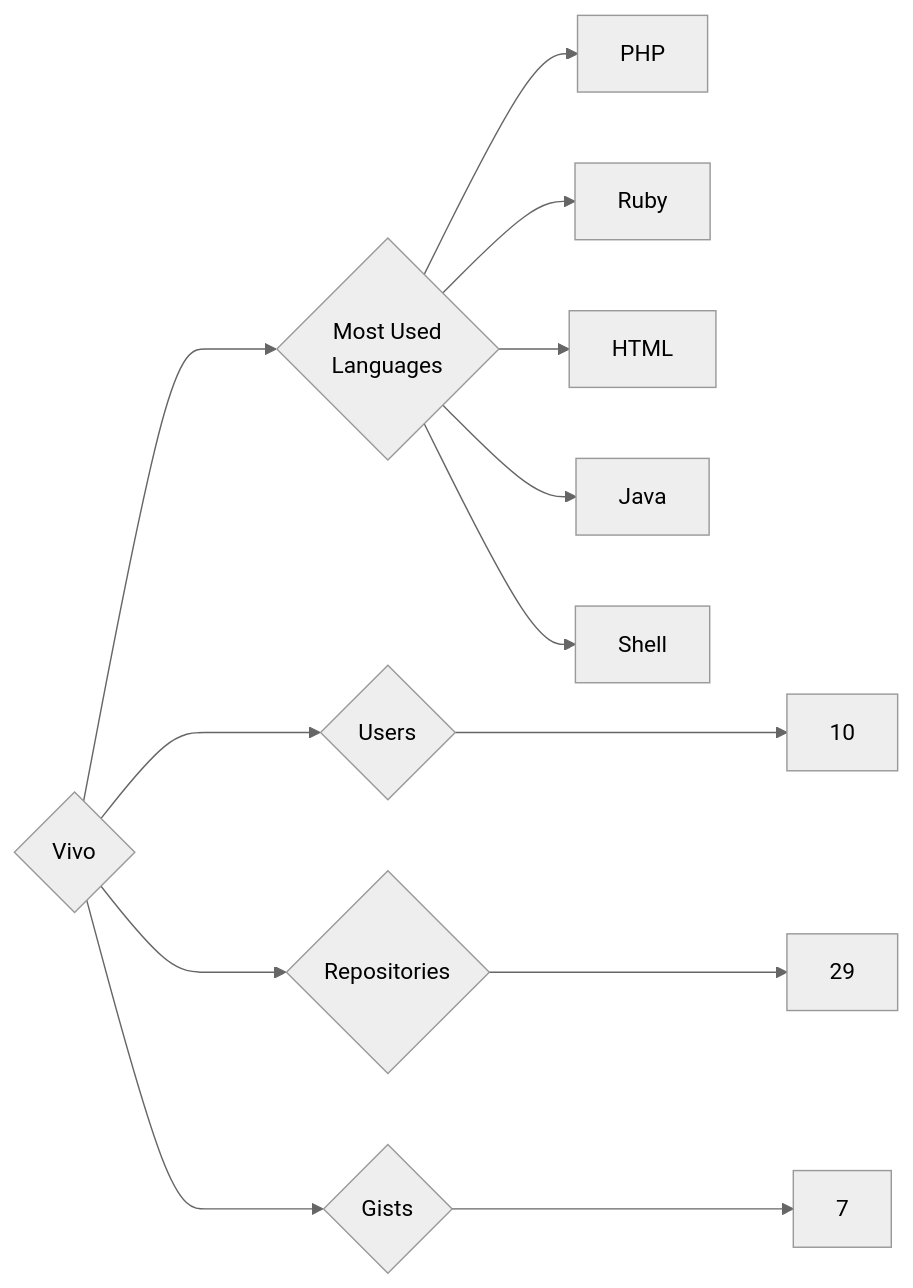
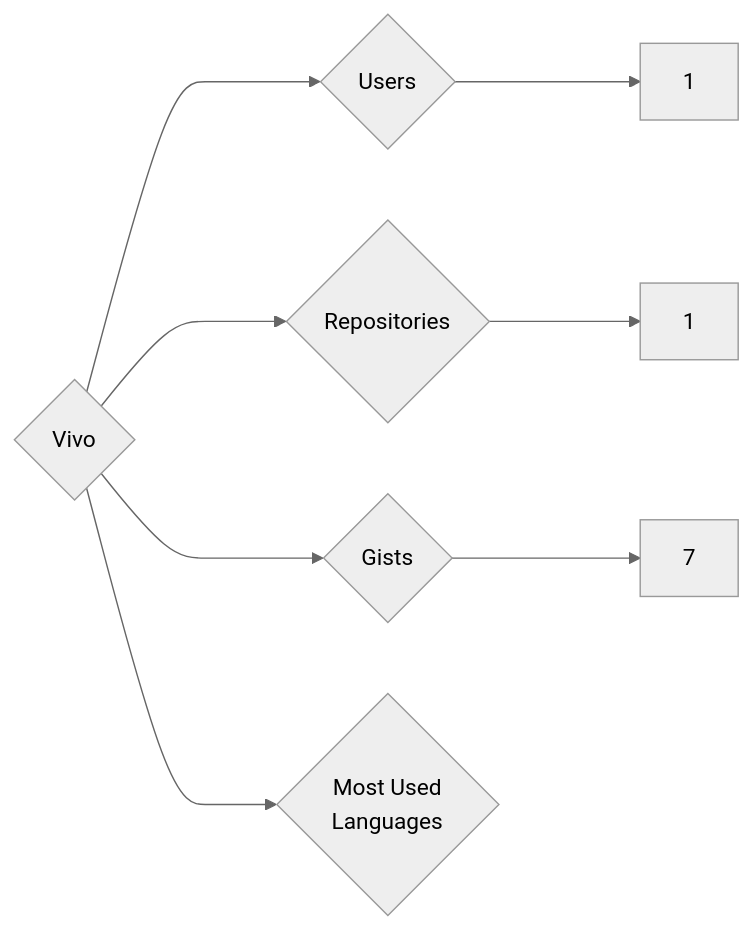
The diagram in targets/Vivo/README.md (trickest/insiders), drawn with Mermaid (neutral theme) before and after one commit. The commit also changed 839 other files, not shown here.

````diff
--- a/targets/Vivo/README.md
+++ b/targets/Vivo/README.md
@@ -3,13 +3,8 @@
 ```mermaid
 graph LR
 COMPANY_NAME{Vivo}
-COMPANY_NAME ---> U{Users} ---> UN[10]
-COMPANY_NAME ---> R{Repositories} ---> RN[29]
+COMPANY_NAME ---> U{Users} ---> UN[1]
+COMPANY_NAME ---> R{Repositories} ---> RN[1]
 COMPANY_NAME ---> G{Gists} ---> GN[7]
 COMPANY_NAME ---> ML{Most Used<br>Languages}
-ML --> PHP[PHP]
-ML --> Ruby[Ruby]
-ML --> HTML[HTML]
-ML --> Java[Java]
-ML --> Shell[Shell]
 ```
````
